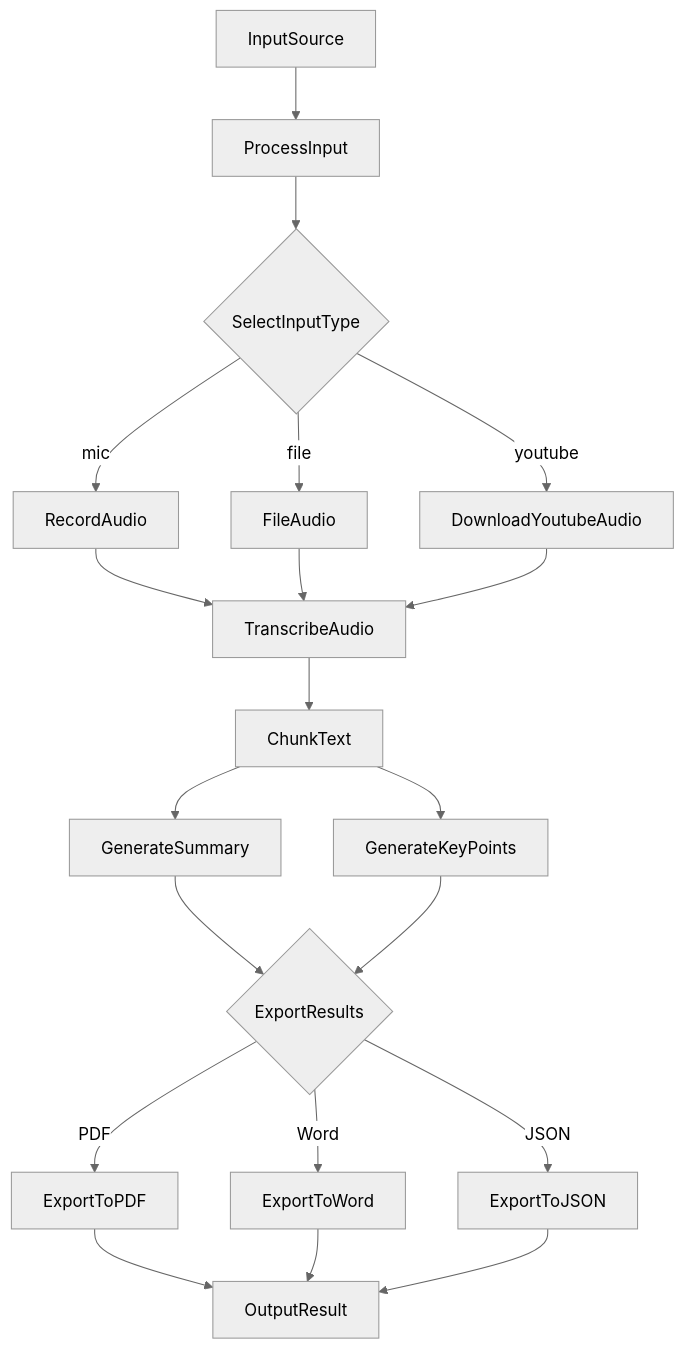
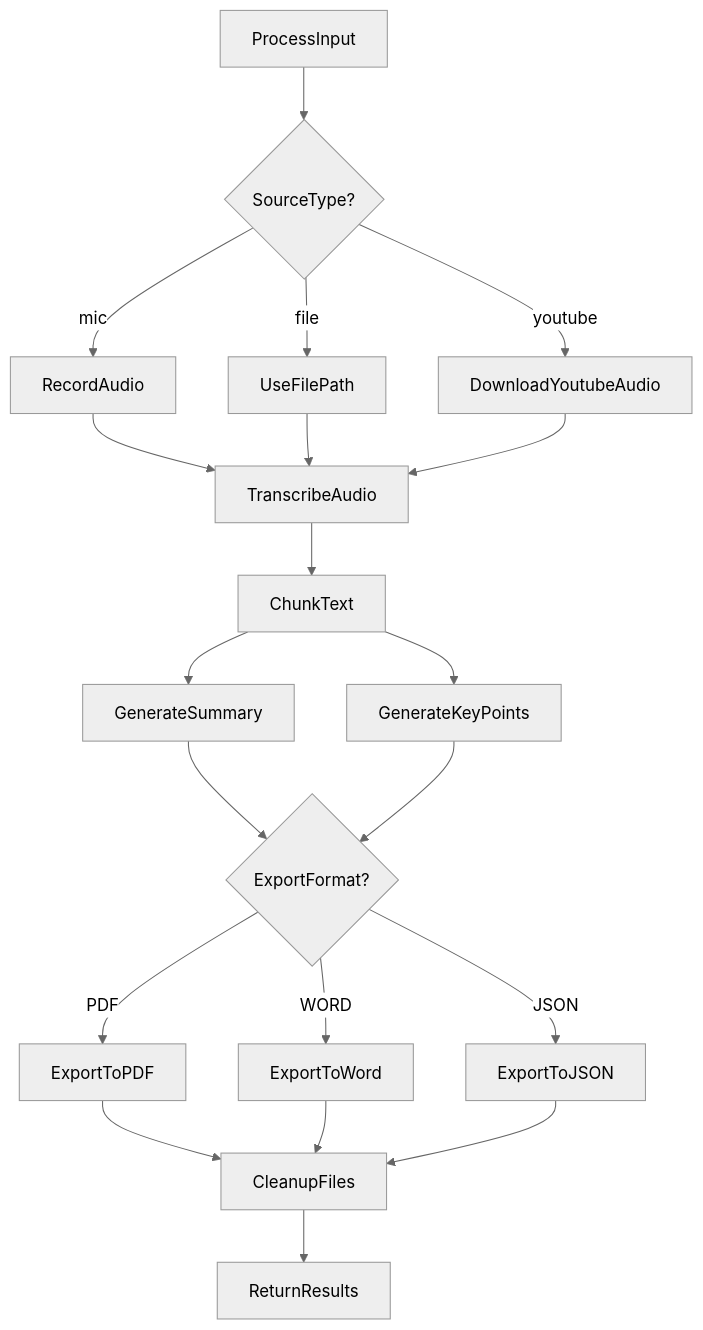
Before and after one commit to test-company-prowiz/Note-Summerizer: the diagram in docs/lecture4.py.md, drawn with Mermaid (neutral theme). The commit also changed other lines of this file and 2 other files, not shown here.

````diff
--- a/docs/lecture4.py.md
+++ b/docs/lecture4.py.md
@@ -58,28 +64,22 @@
 ```mermaid
 graph TD
-InputSource[InputSource] --> A[ProcessInput]
-A --> B{SelectInputType}
-
+A[ProcessInput] --> B{SourceType?}
 B -- mic --> C[RecordAudio]
-B -- file --> D[FileAudio]
+B -- file --> D[UseFilePath]
 B -- youtube --> E[DownloadYoutubeAudio]
-
 C --> F[TranscribeAudio]
 D --> F
 E --> F
-
 F --> G[ChunkText]
 G --> H[GenerateSummary]
 G --> I[GenerateKeyPoints]
-
-H --> J{ExportResults}
+H --> J{ExportFormat?}
 I --> J
-
 J -- PDF --> K[ExportToPDF]
-J -- Word --> L[ExportToWord]
+J -- WORD --> L[ExportToWord]
 J -- JSON --> M[ExportToJSON]
-
-K --> N[OutputResult]
+K --> N[CleanupFiles]
 L --> N
 M --> N
+N --> O[ReturnResults]
 ```
````
